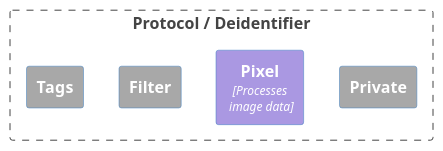
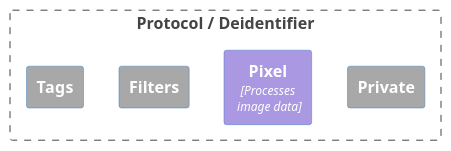
Before and after one commit to ResearchBureau/midom: the diagram in docs/source/diagrams/components_pixel.puml, drawn with PlantUML. The commit also changed 20 other files, not shown here.

```diff
--- a/docs/source/diagrams/components_pixel.puml
+++ b/docs/source/diagrams/components_pixel.puml
@@ -1,19 +1,19 @@
 @startuml
 !includeurl  https://raw.githubusercontent.com/plantuml-stdlib/C4-PlantUML/master/C4_Context.puml
 !includeurl  https://raw.githubusercontent.com/plantuml-stdlib/C4-PlantUML/master/C4_Container.puml
 
 '# remove <<system>> above each block
 HIDE_STEREOTYPE()
 
 Boundary(protocol, "Protocol / Deidentifier") {
     Container(tags, "Tags") #A8A8A8
-    Container(filter, "Filter", ) #A8A8A8
+    Container(filters, "Filters", ) #A8A8A8
     Container(pixel, "Pixel", "Processes\n image data") #AA98E2
     Container(private, "Private" ) #A8A8A8
 }
 
-tags -[hidden]r- filter
-filter -[hidden]r- pixel
+tags -[hidden]r- filters
+filters -[hidden]r- pixel
 pixel -[hidden]r- private
 
 @enduml
```
